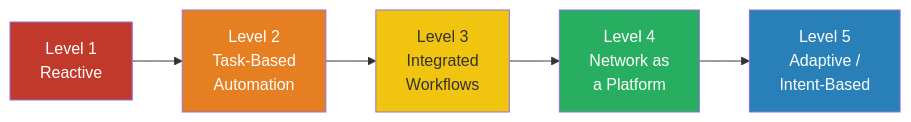
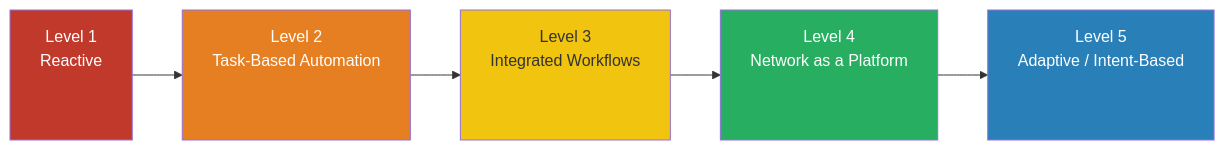
The diagram in 03-maturity-model/chapter.md (ppklau/network_automation_handbook), drawn with Mermaid before and after one commit. The commit also changed 12 other files, not shown here.

Commit message:
Adjusted mermaid diagrams.

````diff
--- a/03-maturity-model/chapter.md
+++ b/03-maturity-model/chapter.md
@@ -65,13 +65,13 @@
 ```mermaid
 graph LR
-    L1["Level 1<br>Reactive"] --> L2["Level 2<br>Task-Based<br>Automation"]
-    L2 --> L3["Level 3<br>Integrated<br>Workflows"]
-    L3 --> L4["Level 4<br>Network as<br>a Platform"]
-    L4 --> L5["Level 5<br>Adaptive /<br>Intent-Based"]
+    L1["<div style='min-height:100px'>Level 1<br>Reactive</div>"] --> L2["<div style='min-height:100px'>Level 2<br>Task-Based Automation</div>"]
+    L2 --> L3["<div style='min-height:100px'>Level 3<br>Integrated Workflows</div>"]
+    L3 --> L4["<div style='min-height:100px'>Level 4<br>Network as a Platform</div>"]
+    L4 --> L5["<div style='min-height:100px'>Level 5<br>Adaptive / Intent-Based</div>"]
 
     style L1 fill:#c0392b,color:#fff
     style L2 fill:#e67e22,color:#fff
     style L3 fill:#f1c40f,color:#333
     style L4 fill:#27ae60,color:#fff
     style L5 fill:#2980b9,color:#fff
 ```
````
